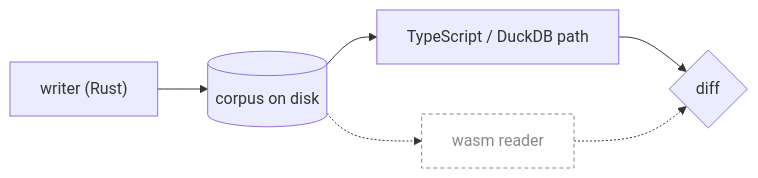
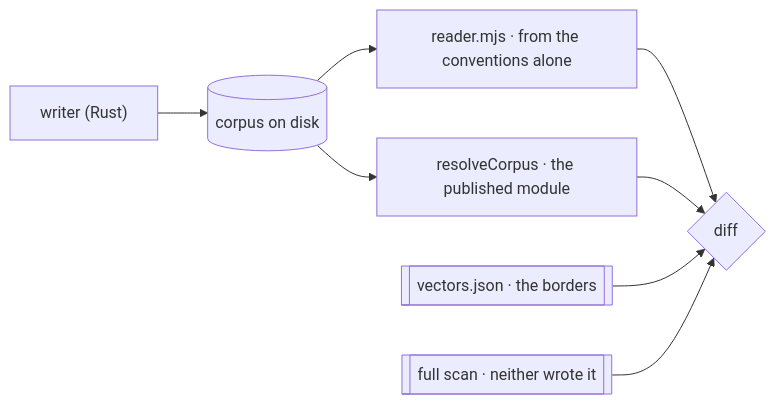
Before and after one commit to Kanzo-Tech/fossil-lang: the second of 2 diagrams in apps/docs/content/docs/design/corpus.mdx, drawn with Mermaid. The commit also changed other lines of this file, not shown here.

````diff
--- a/apps/docs/content/docs/design/corpus.mdx
+++ b/apps/docs/content/docs/design/corpus.mdx
@@ -192,10 +202,10 @@
 ```mermaid
 graph LR
   W["writer (Rust)"] --> C[("corpus on disk")]
-  C --> TS["TypeScript / DuckDB path"]
-  C -.-> WA["wasm reader"]
-  TS --> D{"diff"}
-  WA -.-> D
-  classDef absent stroke-dasharray:4 3,color:#888,stroke:#888,fill:none
-  class WA absent
+  C --> JS["reader.mjs · from the conventions alone"]
+  C --> TS["resolveCorpus · the published module"]
+  JS --> D{"diff"}
+  TS --> D
+  V[["vectors.json · the borders"]] --> D
+  S[["full scan · neither wrote it"]] --> D
 ```
````
